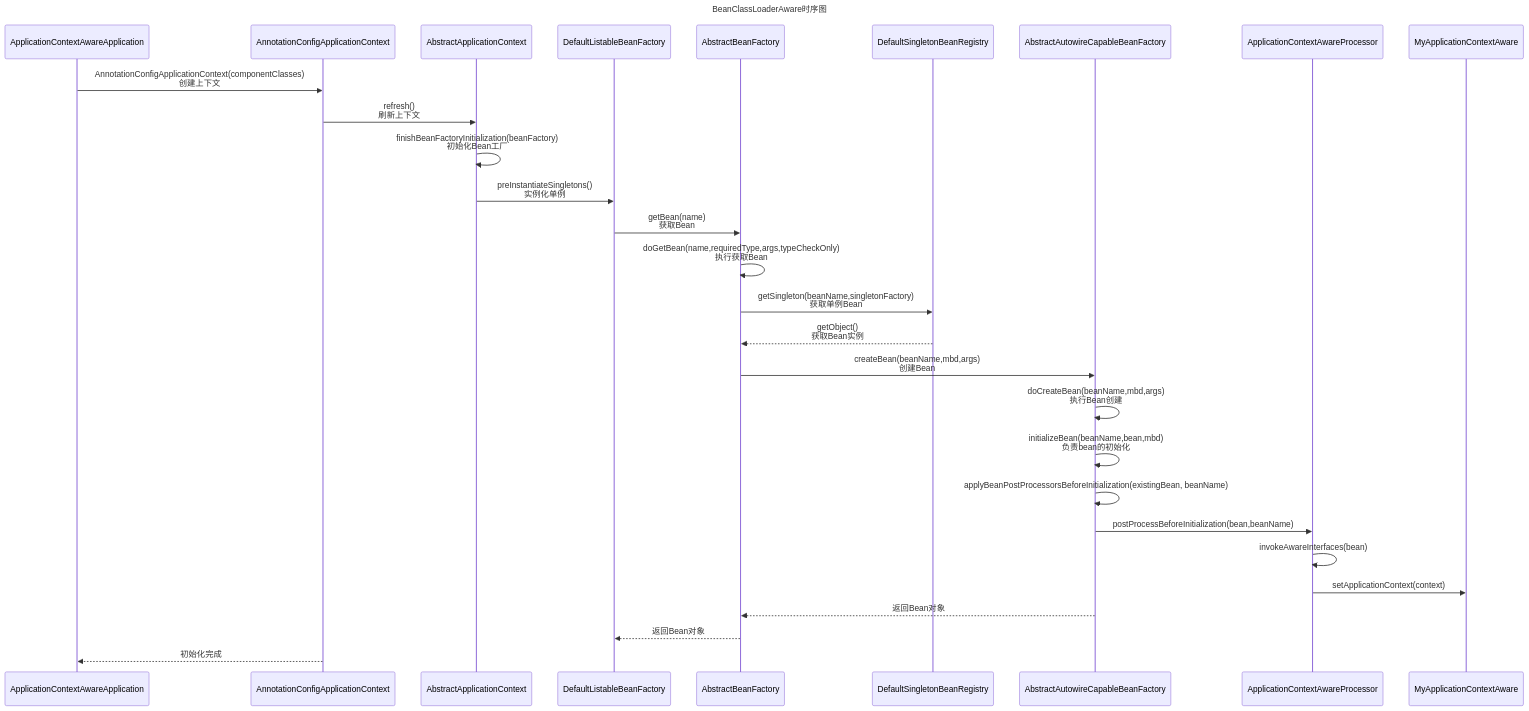
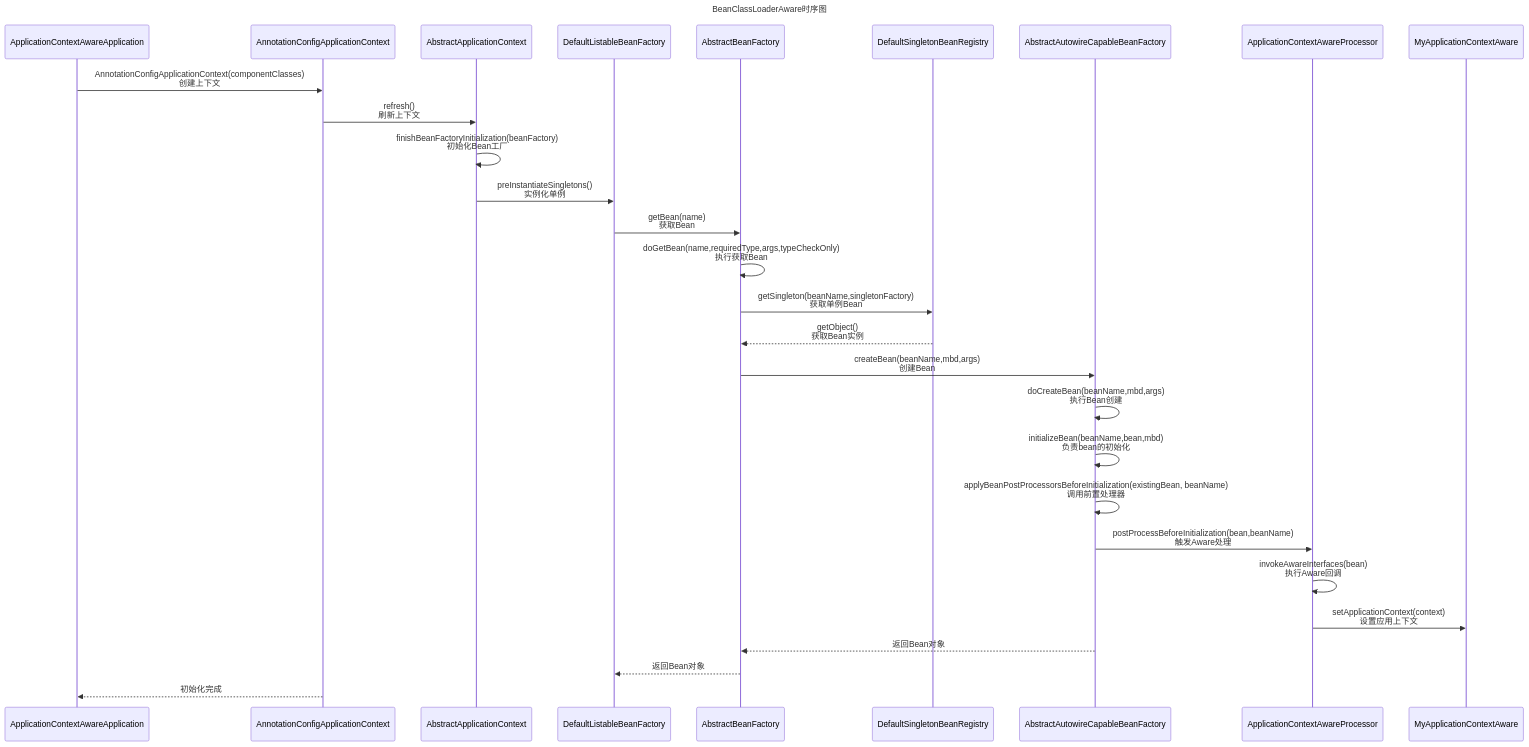
One commit to xuchengsheng/spring-reading changed the diagram in spring-aware-applicationContextAware/README.md. Above: the diagram before and after it, drawn with Mermaid. The commit also changed other lines of this file and 1 other file, not shown here.

Commit message:
优化ApplicationContextAware

```diff
--- a/spring-aware-applicationContextAware/README.md
+++ b/spring-aware-applicationContextAware/README.md
@@ -175,33 +175,33 @@
 ~~~mermaid
 sequenceDiagram
     Title: BeanClassLoaderAware时序图
     participant ApplicationContextAwareApplication
     participant AnnotationConfigApplicationContext
     participant AbstractApplicationContext
     participant DefaultListableBeanFactory
     participant AbstractBeanFactory
     participant DefaultSingletonBeanRegistry
     participant AbstractAutowireCapableBeanFactory
     participant ApplicationContextAwareProcessor
     participant MyApplicationContextAware
     
     ApplicationContextAwareApplication->>AnnotationConfigApplicationContext:AnnotationConfigApplicationContext(componentClasses)<br>创建上下文
     AnnotationConfigApplicationContext->>AbstractApplicationContext:refresh()<br>刷新上下文
     AbstractApplicationContext->>AbstractApplicationContext:finishBeanFactoryInitialization(beanFactory)<br>初始化Bean工厂
     AbstractApplicationContext->>DefaultListableBeanFactory:preInstantiateSingletons()<br>实例化单例
     DefaultListableBeanFactory->>AbstractBeanFactory:getBean(name)<br>获取Bean
     AbstractBeanFactory->>AbstractBeanFactory:doGetBean(name,requiredType,args,typeCheckOnly)<br>执行获取Bean
     AbstractBeanFactory->>DefaultSingletonBeanRegistry:getSingleton(beanName,singletonFactory)<br>获取单例Bean
     DefaultSingletonBeanRegistry-->>AbstractBeanFactory:getObject()<br>获取Bean实例
     AbstractBeanFactory->>AbstractAutowireCapableBeanFactory:createBean(beanName,mbd,args)<br>创建Bean
     AbstractAutowireCapableBeanFactory->>AbstractAutowireCapableBeanFactory:doCreateBean(beanName,mbd,args)<br>执行Bean创建
     AbstractAutowireCapableBeanFactory->>AbstractAutowireCapableBeanFactory:initializeBean(beanName,bean,mbd)<br>负责bean的初始化
-	AbstractAutowireCapableBeanFactory->>AbstractAutowireCapableBeanFactory:applyBeanPostProcessorsBeforeInitialization(existingBean, beanName)
-    AbstractAutowireCapableBeanFactory->>ApplicationContextAwareProcessor:postProcessBeforeInitialization(bean,beanName)
-    ApplicationContextAwareProcessor->>ApplicationContextAwareProcessor:invokeAwareInterfaces(bean)
-    ApplicationContextAwareProcessor->>MyApplicationContextAware:setApplicationContext(context)
+	AbstractAutowireCapableBeanFactory->>AbstractAutowireCapableBeanFactory:applyBeanPostProcessorsBeforeInitialization(existingBean, beanName)<br>调用前置处理器
+    AbstractAutowireCapableBeanFactory->>ApplicationContextAwareProcessor:postProcessBeforeInitialization(bean,beanName)<br>触发Aware处理
+    ApplicationContextAwareProcessor->>ApplicationContextAwareProcessor:invokeAwareInterfaces(bean)<br>执行Aware回调
+    ApplicationContextAwareProcessor->>MyApplicationContextAware:setApplicationContext(context)<br>设置应用上下文
     AbstractAutowireCapableBeanFactory-->>AbstractBeanFactory:返回Bean对象
     AbstractBeanFactory-->>DefaultListableBeanFactory:返回Bean对象
     AnnotationConfigApplicationContext-->>ApplicationContextAwareApplication:初始化完成
 
 ~~~
```
